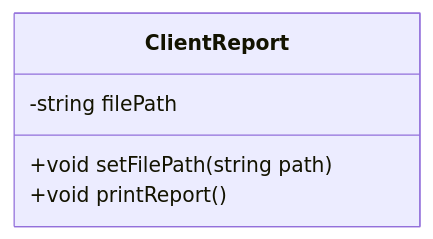
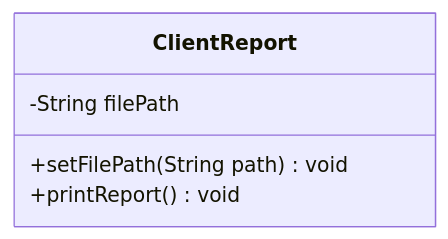
The diagram in ClientReport/client-report-class.uml.mermaid (RenatoGarciaLopes/JavaIradoNoTxt), drawn with Mermaid before and after one commit. The commit also changed 1 other file, not shown here.

Commit message:
refactor: update UML diagrams for ClientReport class and use case to improve clarity and structure

```diff
--- a/ClientReport/client-report-class.uml.mermaid
+++ b/ClientReport/client-report-class.uml.mermaid
@@ -1,4 +1,6 @@
 classDiagram
-    ClientReport : -string filePath
-    ClientReport : +void setFilePath(string path)
-    ClientReport : +void printReport()
+    class ClientReport {
+        -String filePath
+        +setFilePath(String path) void
+        +printReport() void
+    }
```
